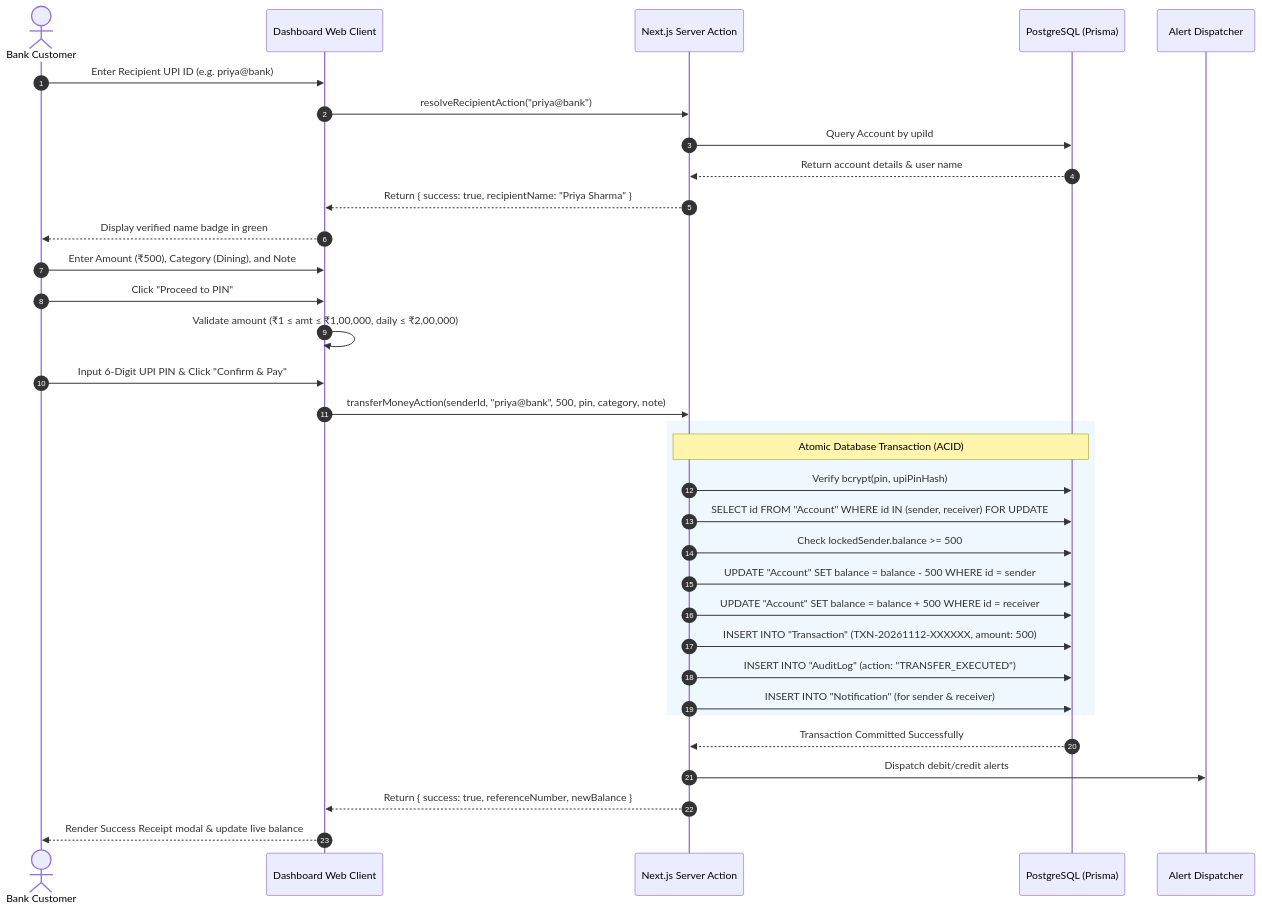
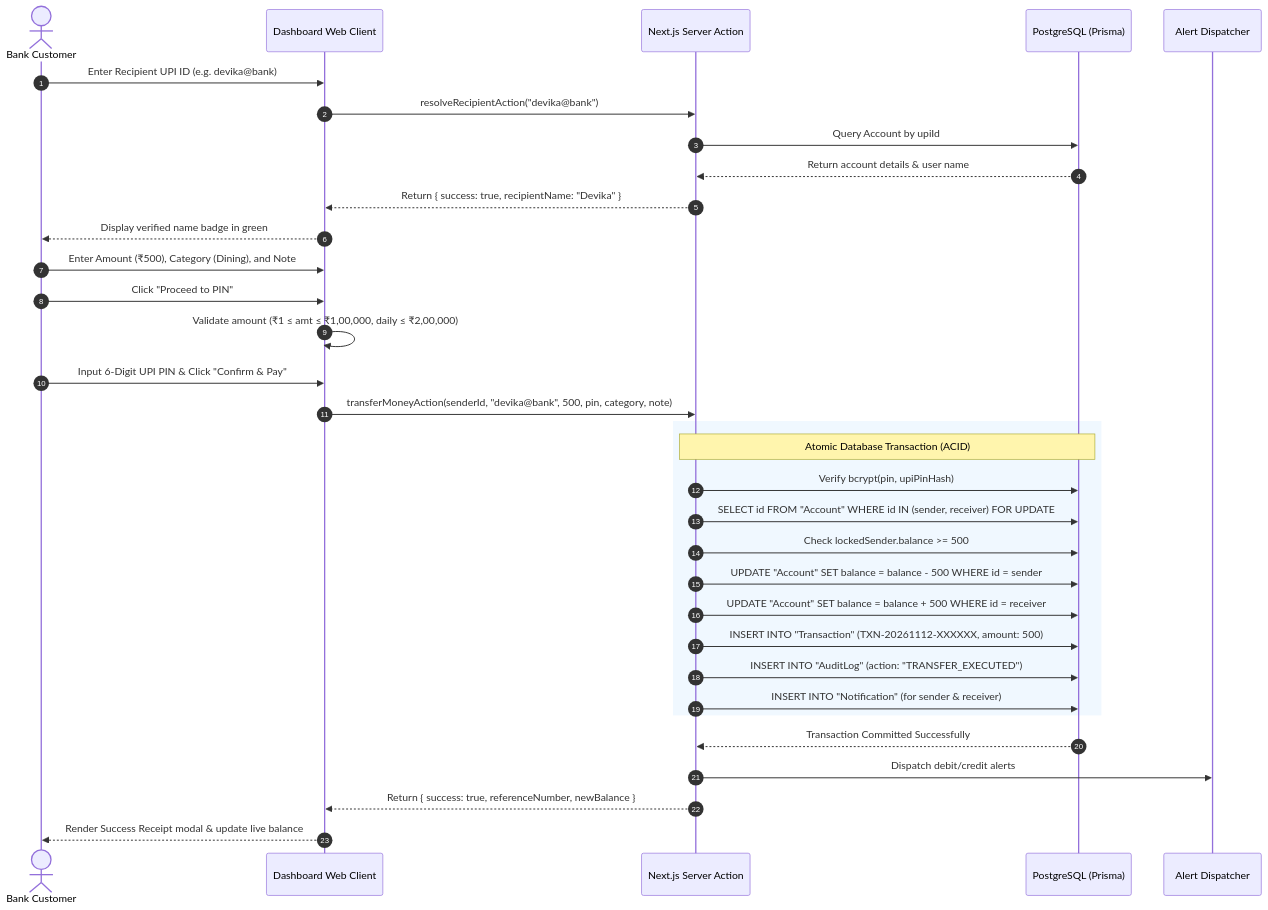
Before and after one commit to allanmaaz/bankitis: the fifth of 5 diagrams in DIAGRAMS.md, drawn with Mermaid. The commit also changed other lines of this file and 15 other files, not shown here.

````diff
--- a/DIAGRAMS.md
+++ b/DIAGRAMS.md
@@ -337,40 +338,40 @@
 ```mermaid
 sequenceDiagram
     autonumber
     actor Customer as Bank Customer
     participant UI as Dashboard Web Client
     participant API as Next.js Server Action
     participant DB as PostgreSQL (Prisma)
     participant Notif as Alert Dispatcher
 
-    Customer->>UI: Enter Recipient UPI ID (e.g. priya@bank)
-    UI->>API: resolveRecipientAction("priya@bank")
+    Customer->>UI: Enter Recipient UPI ID (e.g. devika@bank)
+    UI->>API: resolveRecipientAction("devika@bank")
     API->>DB: Query Account by upiId
     DB-->>API: Return account details & user name
-    API-->>UI: Return { success: true, recipientName: "Priya Sharma" }
+    API-->>UI: Return { success: true, recipientName: "Devika" }
     UI-->>Customer: Display verified name badge in green
 
     Customer->>UI: Enter Amount (₹500), Category (Dining), and Note
     Customer->>UI: Click "Proceed to PIN"
     UI->>UI: Validate amount (₹1 ≤ amt ≤ ₹1,00,000, daily ≤ ₹2,00,000)
     Customer->>UI: Input 6-Digit UPI PIN & Click "Confirm & Pay"
 
-    UI->>API: transferMoneyAction(senderId, "priya@bank", 500, pin, category, note)
+    UI->>API: transferMoneyAction(senderId, "devika@bank", 500, pin, category, note)
     
     rect rgb(240, 248, 255)
     Note over API,DB: Atomic Database Transaction (ACID)
     API->>DB: Verify bcrypt(pin, upiPinHash)
     API->>DB: SELECT id FROM "Account" WHERE id IN (sender, receiver) FOR UPDATE
     API->>DB: Check lockedSender.balance >= 500
     API->>DB: UPDATE "Account" SET balance = balance - 500 WHERE id = sender
     API->>DB: UPDATE "Account" SET balance = balance + 500 WHERE id = receiver
     API->>DB: INSERT INTO "Transaction" (TXN-20261112-XXXXXX, amount: 500)
     API->>DB: INSERT INTO "AuditLog" (action: "TRANSFER_EXECUTED")
     API->>DB: INSERT INTO "Notification" (for sender & receiver)
     end
 
     DB-->>API: Transaction Committed Successfully
     API->>Notif: Dispatch debit/credit alerts
     API-->>UI: Return { success: true, referenceNumber, newBalance }
     UI-->>Customer: Render Success Receipt modal & update live balance
 ```
````
